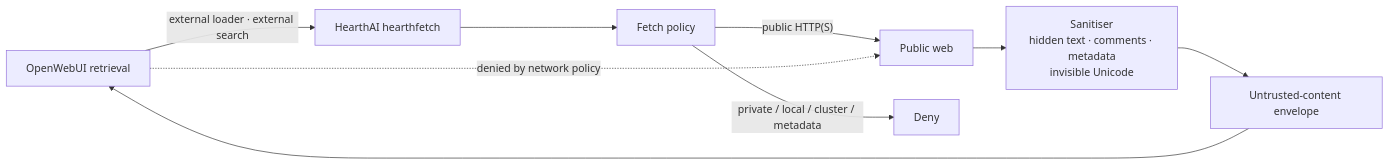
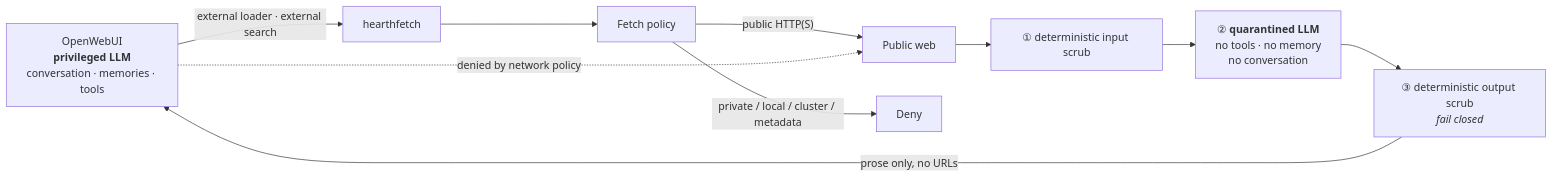
The fifth of 6 diagrams in docs/ARCHITECTURE.md (jokajak/hearthai), drawn with Mermaid before and after one commit. The commit also changed other lines of this file and 4 other files, not shown here.

````diff
--- a/docs/ARCHITECTURE.md
+++ b/docs/ARCHITECTURE.md
@@ -239,11 +239,13 @@
 ```mermaid
 flowchart LR
-    OW["OpenWebUI retrieval"] -->|"external loader · external search"| HF["HearthAI hearthfetch"]
-    HF --> POLICY["Fetch policy"]
-    POLICY -- "public HTTP(S)" --> WEB["Public web"]
-    POLICY -- "private / local / cluster / metadata" --> DENY["Deny"]
-    WEB --> SAN["Sanitiser<br/>hidden text · comments · metadata<br/>invisible Unicode"]
-    SAN --> ENV["Untrusted-content envelope"]
-    ENV --> OW
+    OW["OpenWebUI<br/><b>privileged LLM</b><br/>conversation · memories · tools"]
+    OW -->|"external loader · external search"| HF["hearthfetch"]
+    HF --> POL["Fetch policy"]
+    POL -- "public HTTP(S)" --> WEB["Public web"]
+    POL -- "private / local / cluster / metadata" --> DENY["Deny"]
+    WEB --> S1["① deterministic input scrub"]
+    S1 --> Q["② <b>quarantined LLM</b><br/>no tools · no memory<br/>no conversation"]
+    Q --> S3["③ deterministic output scrub<br/><i>fail closed</i>"]
+    S3 -->|"prose only, no URLs"| OW
     OW -. "denied by network policy" .-> WEB
 ```
````
